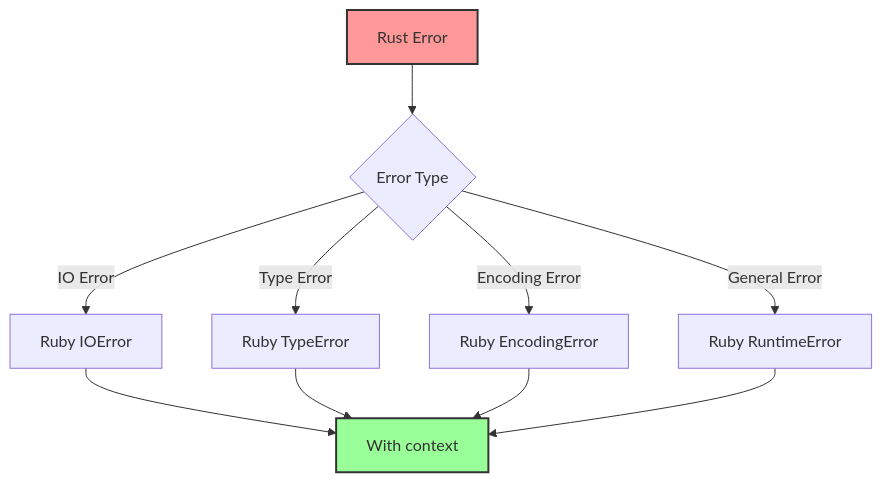
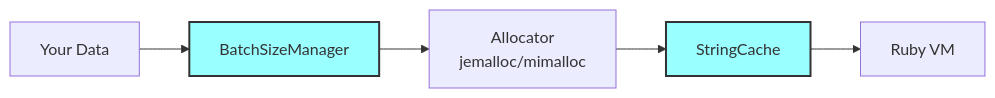
Before and after one commit to njaremko/parquet-ruby: the sixth of 6 diagrams in ARCH.md, drawn with Mermaid. The commit also changed other lines of this file and 1 other file, not shown here.

````diff
--- a/ARCH.md
+++ b/ARCH.md
@@ -573,16 +513,10 @@
 ```mermaid
-graph TD
-    A[Rust Error] --> B{Error Type}
-    B -->|IO Error| C[Ruby IOError]
-    B -->|Type Error| D[Ruby TypeError]
-    B -->|Encoding Error| E[Ruby EncodingError]
-    B -->|General Error| F[Ruby RuntimeError]
+graph LR
+    A[Your Data] --> B[BatchSizeManager]
+    B --> C[Allocator<br/>jemalloc/mimalloc]
+    C --> D[StringCache]
+    D --> E[Ruby VM]
 
-    C --> G[With context]
-    D --> G
-    E --> G
-    F --> G
-
-    style A fill:#f99,stroke:#333,stroke-width:2px
-    style G fill:#9f9,stroke:#333,stroke-width:2px
+    style B fill:#9ff,stroke:#333,stroke-width:2px
+    style D fill:#9ff,stroke:#333,stroke-width:2px
 ```
````
